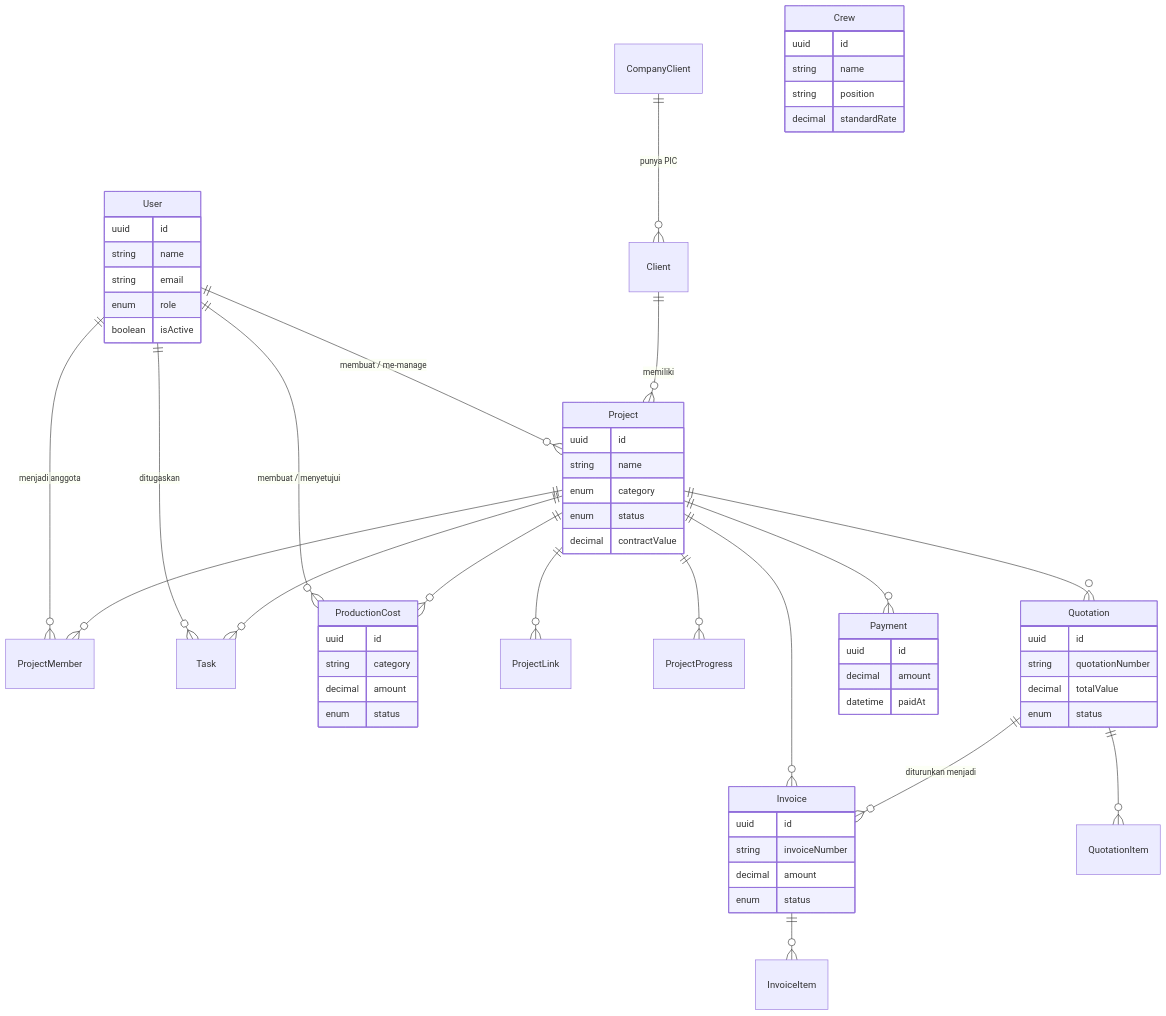
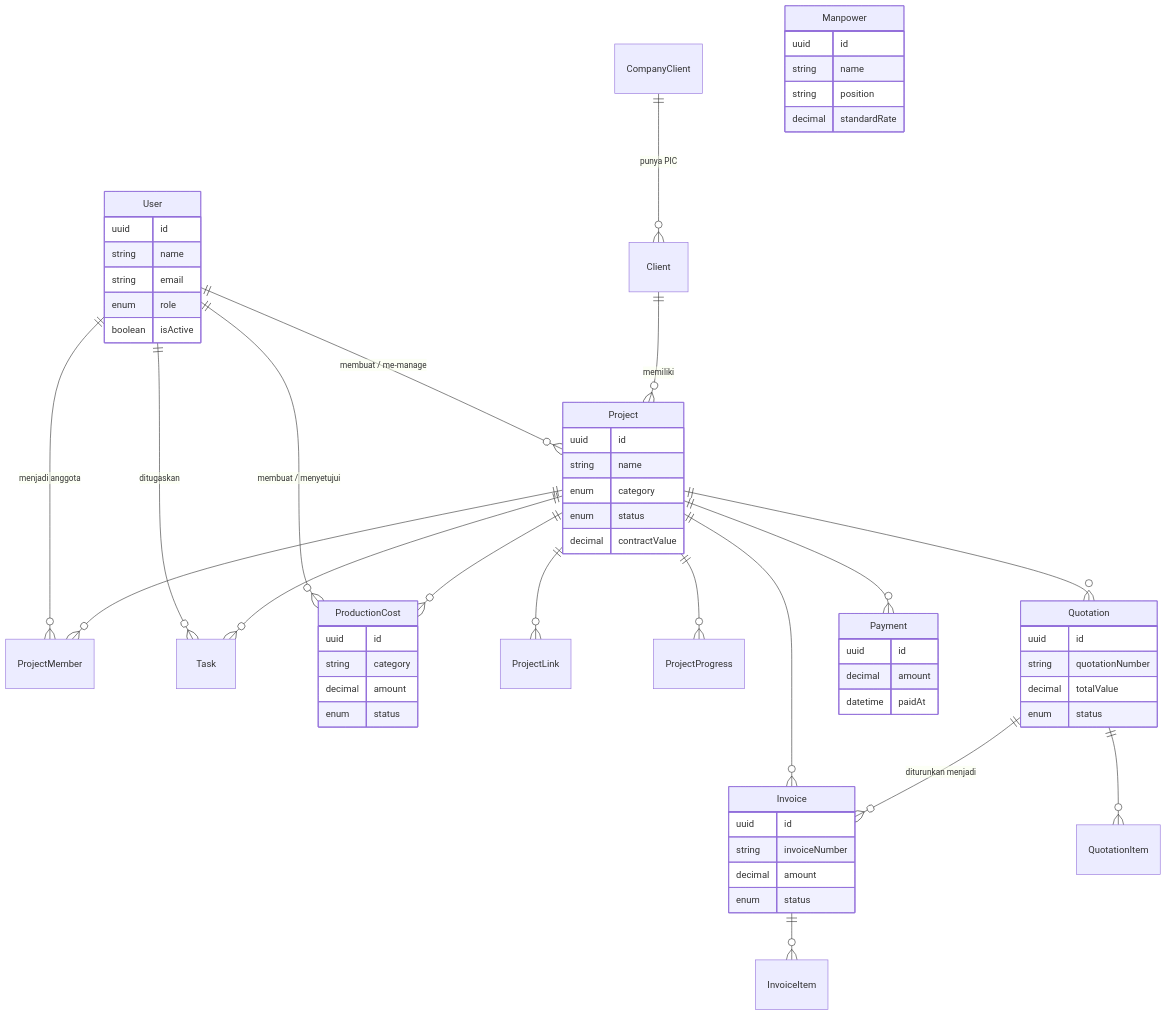
One commit to bisaqris/Backend_Makromedia-Integrated-System changed the seventh of 7 diagrams in README.md. Above: the diagram before and after it, drawn with Mermaid. The commit also changed other lines of this file and 10 other files, not shown here.

Commit message:
refactor: rename crew to manpower across schema, module, and endpoints

````diff
--- a/README.md
+++ b/README.md
@@ -266,64 +266,64 @@
 ```mermaid
 erDiagram
     User ||--o{ Project : "membuat / me-manage"
     User ||--o{ ProjectMember : "menjadi anggota"
     User ||--o{ Task : "ditugaskan"
     User ||--o{ ProductionCost : "membuat / menyetujui"
     CompanyClient ||--o{ Client : "punya PIC"
     Client ||--o{ Project : "memiliki"
     Project ||--o{ ProjectMember : ""
     Project ||--o{ ProjectLink : ""
     Project ||--o{ Task : ""
     Project ||--o{ ProjectProgress : ""
     Project ||--o{ Quotation : ""
     Project ||--o{ Invoice : ""
     Project ||--o{ ProductionCost : ""
     Project ||--o{ Payment : ""
     Quotation ||--o{ QuotationItem : ""
     Quotation ||--o{ Invoice : "diturunkan menjadi"
     Invoice ||--o{ InvoiceItem : ""
-    Crew {
+    Manpower {
         uuid id
         string name
         string position
         decimal standardRate
     }
 
     User {
         uuid id
         string name
         string email
         enum role
         boolean isActive
     }
     Project {
         uuid id
         string name
         enum category
         enum status
         decimal contractValue
     }
     Quotation {
         uuid id
         string quotationNumber
         decimal totalValue
         enum status
     }
     Invoice {
         uuid id
         string invoiceNumber
         decimal amount
         enum status
     }
     ProductionCost {
         uuid id
         string category
         decimal amount
         enum status
     }
     Payment {
         uuid id
         decimal amount
         datetime paidAt
     }
 ```
````
